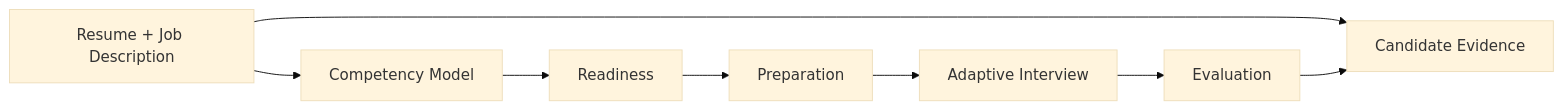
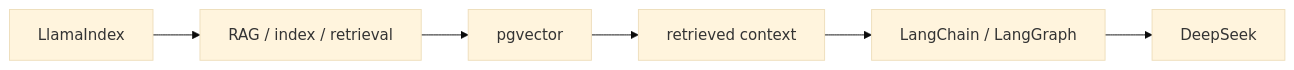
The third of 5 diagrams in README.md (areddy1805/pramya), drawn with Mermaid (base theme) before and after one commit. The commit also changed other lines of this file and 8 other files, not shown here.

Commit message:
finalize docs: truthful README (final framework architecture), evaluation/privacy/contributing docs, reconcile DECISIONS/plan/voice/observability/deployment (Phase N)

````diff
--- a/README.md
+++ b/README.md
@@ -47,10 +207,8 @@
 ```mermaid
 flowchart LR
-    A[Resume + Job Description] --> B[Candidate Evidence]
-    A --> C[Competency Model]
-    C --> D[Readiness]
-    D --> E[Preparation]
-    E --> F[Adaptive Interview]
-    F --> G[Evaluation]
-    G --> B
+    LI[LlamaIndex] --> RAG[RAG / index / retrieval]
+    RAG --> PG[pgvector]
+    PG --> CTX[retrieved context]
+    CTX --> CH[LangChain / LangGraph]
+    CH --> DS[DeepSeek]
 ```
````
